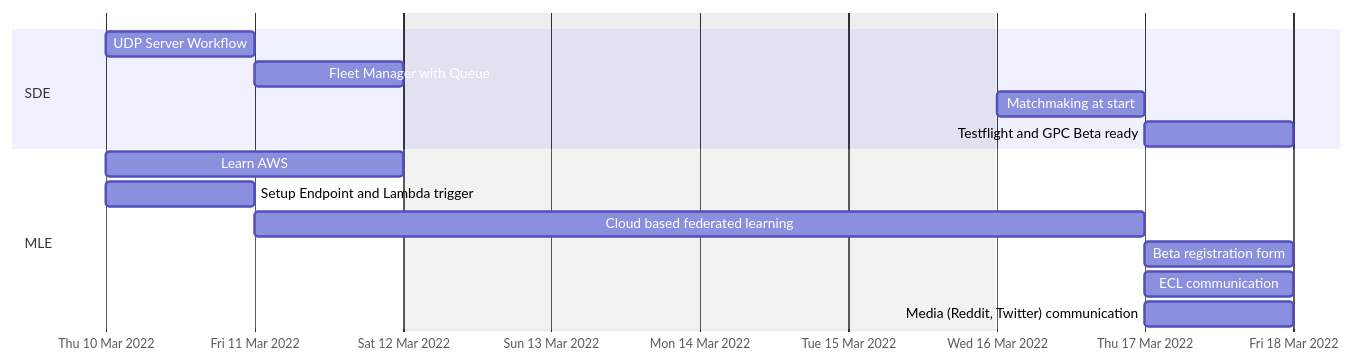
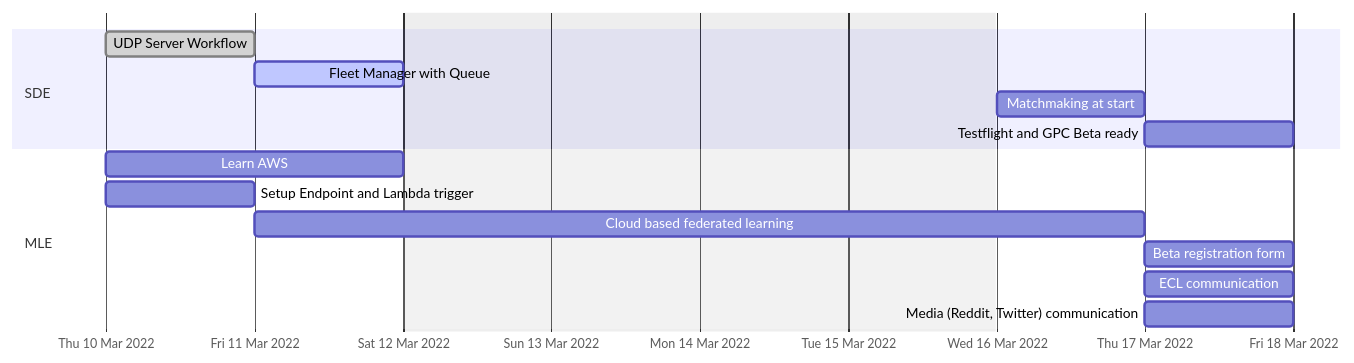
One commit to AdrKacz/super-duper-guacamole changed the diagram in ROADMAP.md. Above: the diagram before and after it, drawn with Mermaid.

Commit message:
Change task status

````diff
--- a/ROADMAP.md
+++ b/ROADMAP.md
@@ -3,20 +3,20 @@
 ```mermaid
 gantt
     dateFormat YYYY-MM-DD
     axisFormat %a %e %b %Y
     excludes weekends, 2022-03-14, 2022-03-15
 
     section SDE
-        UDP Server Workflow : s11, 2022-03-10, 1d 
-        Fleet Manager with Queue : s12, after s11, 1d
+        UDP Server Workflow : done, s11, 2022-03-10, 1d 
+        Fleet Manager with Queue : active, s12, after s11, 1d
         Matchmaking at start : s13, after s12, 1d 
         Testflight and GPC Beta ready : s14, after s13, 1d
 
     section MLE
         Learn AWS: s20, 2022-03-10, 2d 
         Setup Endpoint and Lambda trigger : s21, 2022-03-10, 1d
         Cloud based federated learning : s22, after s21, 2d 
         Beta registration form: s231, after s22, 1d
         ECL communication : s232, after s22, 1d
         Media (Reddit, Twitter) communication : s233, after s22, 1d
 ```
````
